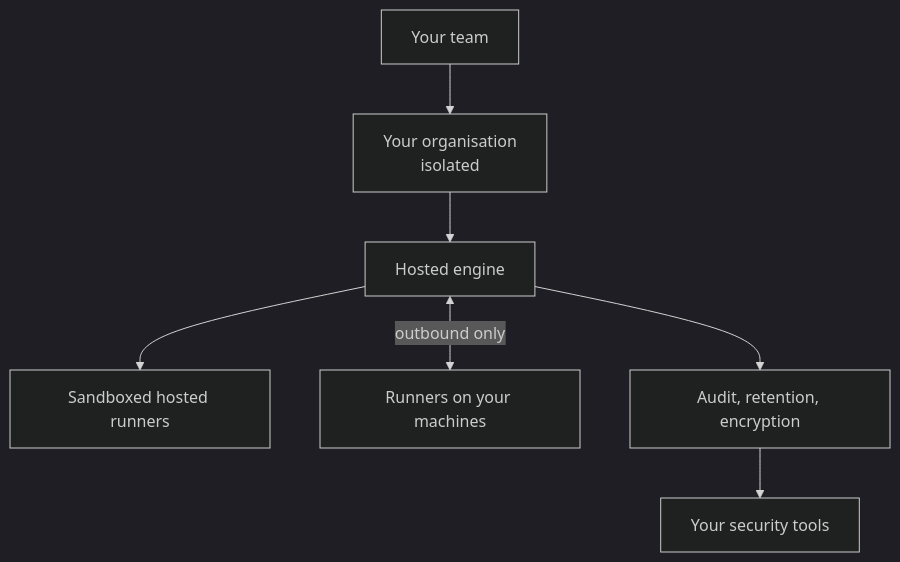
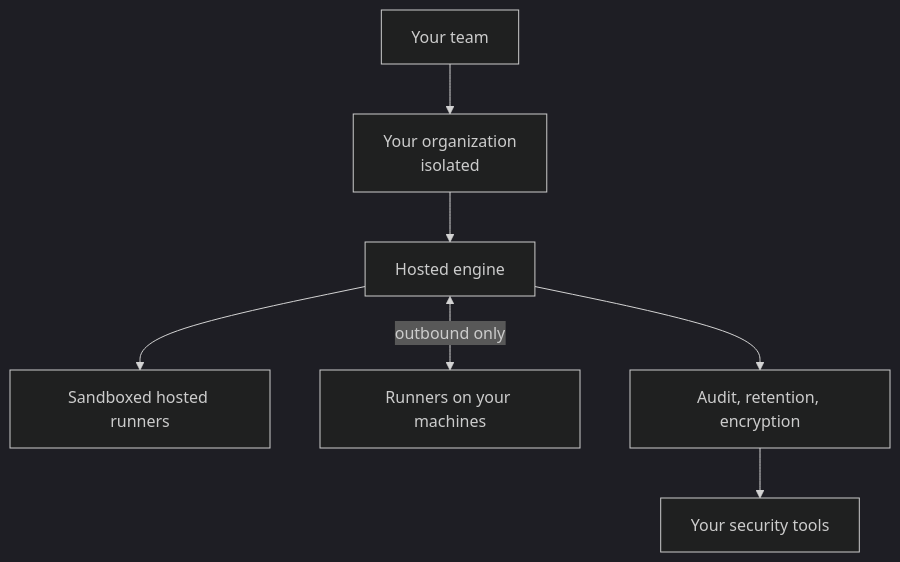
The diagram in docs/roadmap/milestone-7.md (JK-Magic-Creations/launchway), drawn with Mermaid (dark theme) before and after one commit. The commit also changed other lines of this file and 47 other files, not shown here.

````diff
--- a/docs/roadmap/milestone-7.md
+++ b/docs/roadmap/milestone-7.md
@@ -26,9 +26,9 @@
 ```mermaid
 flowchart TD
-  User["Your team"] --> Org["Your organisation<br/>isolated"]
+  User["Your team"] --> Org["Your organization<br/>isolated"]
   Org --> Engine["Hosted engine"]
   Engine --> Sand["Sandboxed hosted runners"]
   Engine <-->|outbound only| Own["Runners on your machines"]
   Engine --> Audit["Audit, retention, encryption"]
   Audit --> Siem["Your security tools"]
 ```
````
